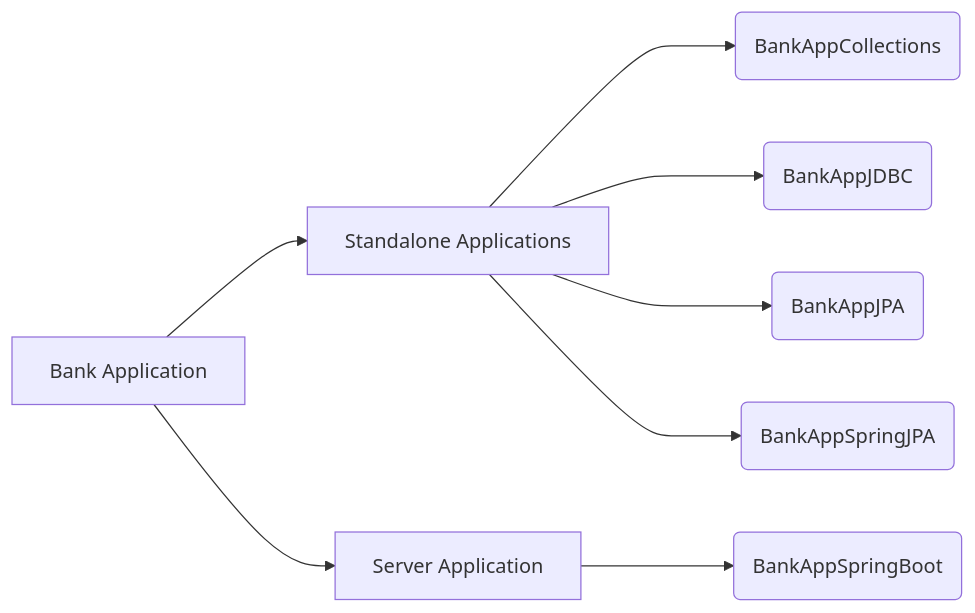
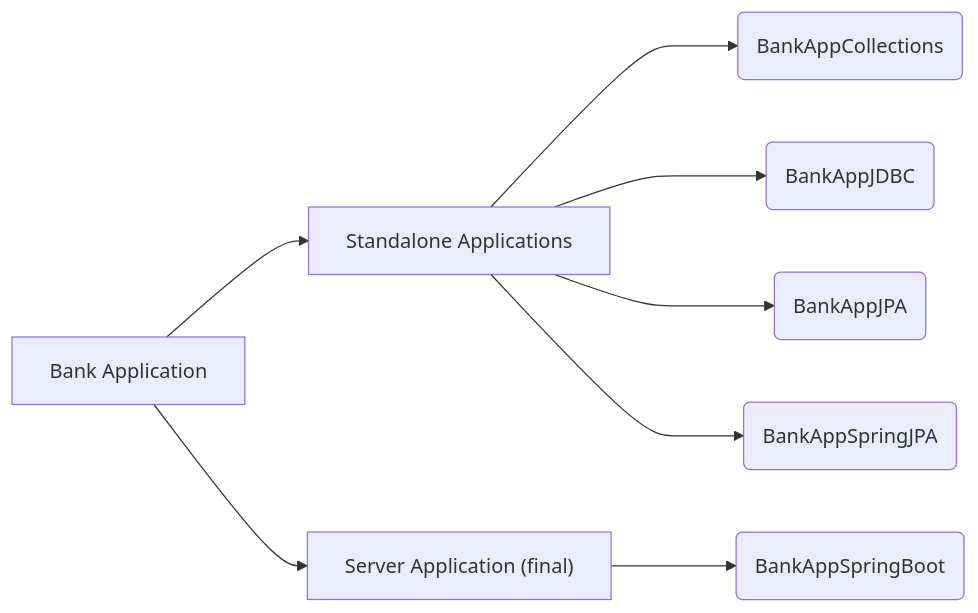
Before and after one commit to Bot-7037/Bank-Server-Application: the diagram in README.md, drawn with Mermaid.

````diff
--- a/README.md
+++ b/README.md
@@ -13,10 +13,10 @@
 ```mermaid
   graph LR;
     A[Bank Application]-->B[Standalone Applications]
-    A-->C[Server Application]
+    A-->C["Server Application (final)"]
       B--->E(BankAppCollections)
       B--->F(BankAppJDBC)
       B--->G(BankAppJPA)
       B--->H(BankAppSpringJPA)
       C--->I(BankAppSpringBoot)
 ```
````
